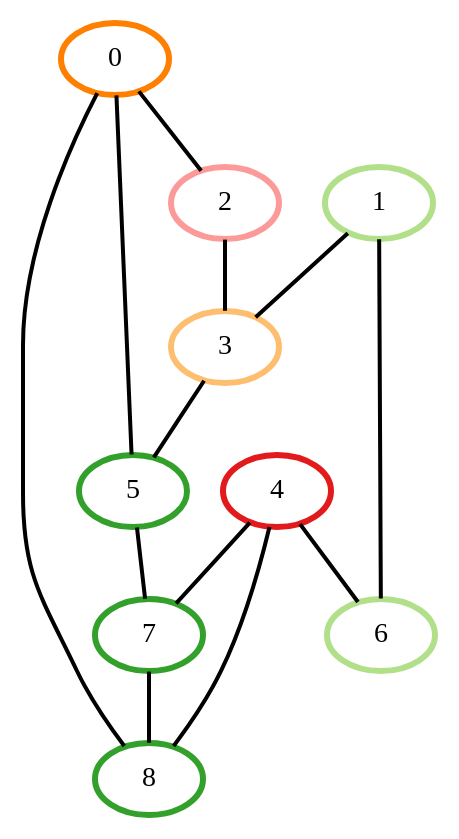
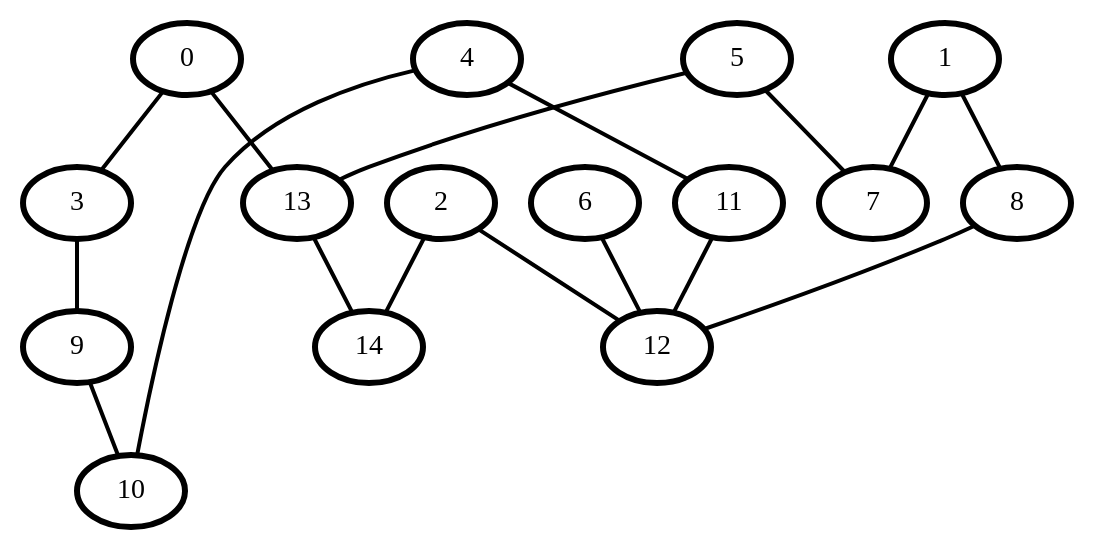
One commit to RobvEmous/Mod7Group2 changed the diagram in GI/Results/colorfulIt_1_0.dot. Above: the diagram before and after it, drawn with Graphviz. The commit also changed 7 other files, not shown here.

```diff
--- a/GI/Results/colorfulIt_1_0.dot
+++ b/GI/Results/colorfulIt_1_0.dot
@@ -1,24 +1,34 @@
 graph G {
-    0 [penwidth=3,color=8, colorscheme=paired12]
-    1 [penwidth=3,color=3, colorscheme=paired12]
-    2 [penwidth=3,color=5, colorscheme=paired12]
-    3 [penwidth=3,color=7, colorscheme=paired12]
-    4 [penwidth=3,color=6, colorscheme=paired12]
-    5 [penwidth=3,color=4, colorscheme=paired12]
-    6 [penwidth=3,color=3, colorscheme=paired12]
-    7 [penwidth=3,color=4, colorscheme=paired12]
-    8 [penwidth=3,color=4, colorscheme=paired12]
+    0 [penwidth=3]
+    1 [penwidth=3]
+    2 [penwidth=3]
+    3 [penwidth=3]
+    4 [penwidth=3]
+    5 [penwidth=3]
+    6 [penwidth=3]
+    7 [penwidth=3]
+    8 [penwidth=3]
+    9 [penwidth=3]
+    10 [penwidth=3]
+    11 [penwidth=3]
+    12 [penwidth=3]
+    13 [penwidth=3]
+    14 [penwidth=3]
 
-    7--8 [penwidth=2]
-    1--6 [penwidth=2]
-    4--6 [penwidth=2]
-    0--8 [penwidth=2]
-    3--5 [penwidth=2]
+    6--12 [penwidth=2]
+    8--12 [penwidth=2]
+    4--10 [penwidth=2]
+    11--12 [penwidth=2]
+    0--3 [penwidth=2]
+    4--11 [penwidth=2]
+    1--8 [penwidth=2]
     5--7 [penwidth=2]
-    0--5 [penwidth=2]
-    4--8 [penwidth=2]
-    2--3 [penwidth=2]
-    0--2 [penwidth=2]
-    1--3 [penwidth=2]
-    4--7 [penwidth=2]
+    13--14 [penwidth=2]
+    0--13 [penwidth=2]
+    2--14 [penwidth=2]
+    5--13 [penwidth=2]
+    3--9 [penwidth=2]
+    1--7 [penwidth=2]
+    2--12 [penwidth=2]
+    9--10 [penwidth=2]
 }
```
